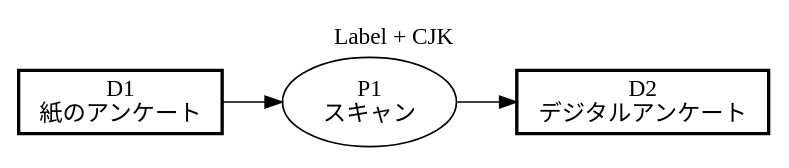
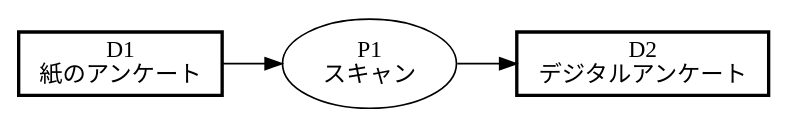
Before and after one commit to takasek/pfdsl: the fifth of 9 diagrams in docs/samples/README.md, drawn with Graphviz. The commit also changed other lines of this file and 31 other files, not shown here.

````diff
--- a/docs/samples/README.md
+++ b/docs/samples/README.md
@@ -186,15 +160,13 @@
 ```dot
 digraph PFDSL {
   rankdir=LR;
   newrank=true;
-  label="Label + CJK";
-  labelloc="t";
 
   "D1" [shape=box, label="D1\n紙のアンケート", width=1.70, penwidth="2"];
   "D2" [shape=box, label="D2\nデジタルアンケート", width=2.10, penwidth="2"];
   "P1" [shape=ellipse, label="P1\nスキャン", width=1.10];
 
   "D1" -> "P1";
   "P1" -> "D2";
 }
 ```
````
